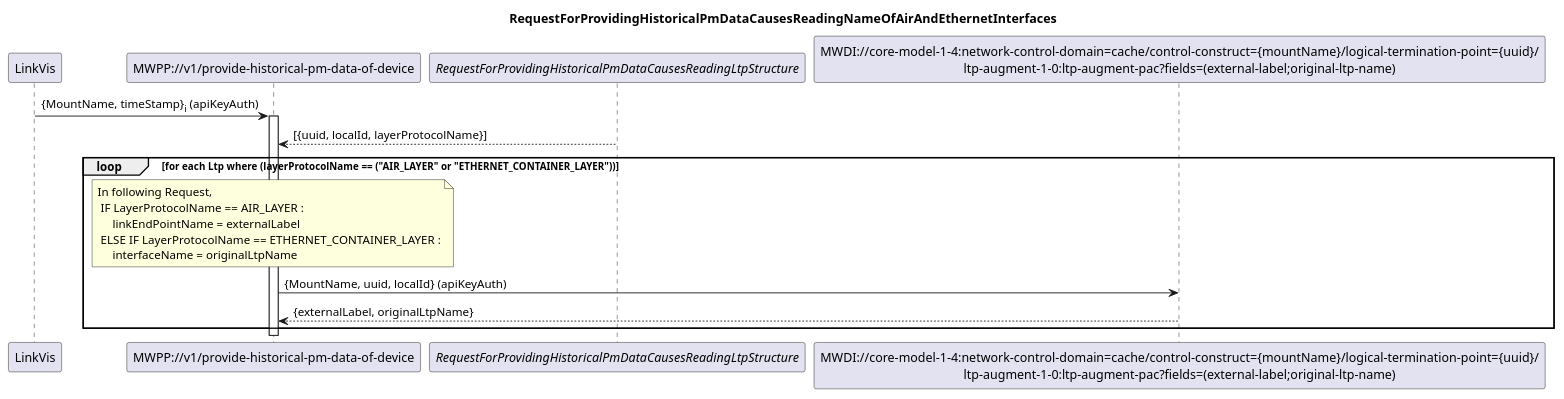
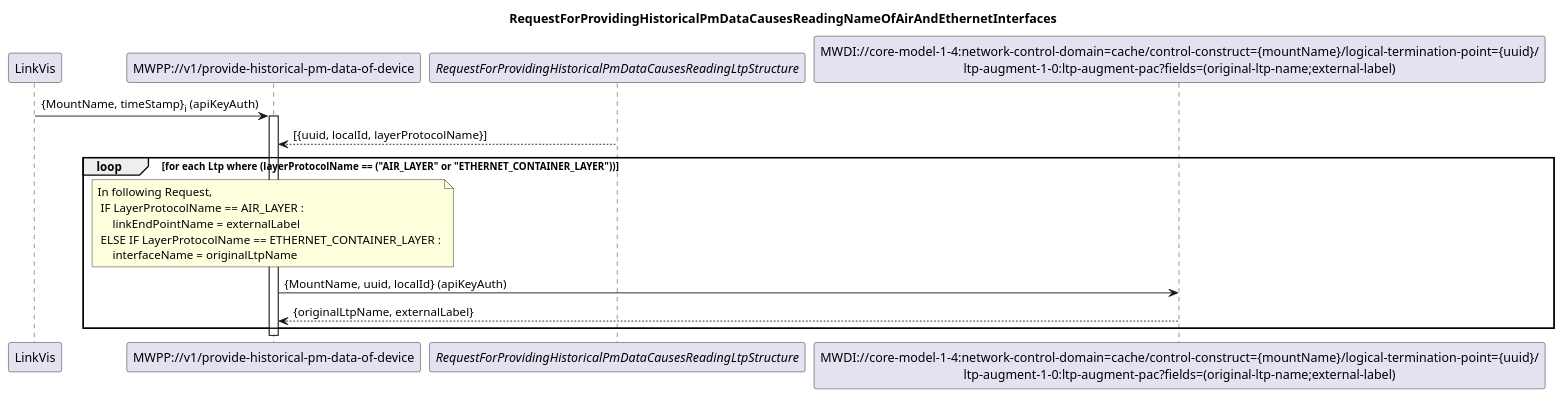
One commit to openBackhaul/MicroWavePerformanceProxy changed the diagram in spec/diagrams/001_ReadingNameOfAirAndEthernetInterfaces.plantuml. Above: the diagram before and after it, drawn with PlantUML. The commit also changed 9 other files, not shown here.

```diff
--- a/spec/diagrams/001_ReadingNameOfAirAndEthernetInterfaces.plantuml
+++ b/spec/diagrams/001_ReadingNameOfAirAndEthernetInterfaces.plantuml
@@ -1,33 +1,33 @@
 @startuml 001_ReadingNameOfAirAndEthernetInterfaces
 skinparam responseMessageBelowArrow true
 
 title
 RequestForProvidingHistoricalPmDataCausesReadingNameOfAirAndEthernetInterfaces
 end title
 
 participant "LinkVis" as LinkVis
 participant "MWPP://v1/provide-historical-pm-data-of-device" as MWPP
 participant "<i>RequestForProvidingHistoricalPmDataCausesReadingLtpStructure</i>" as LTPs
-participant "MWDI://core-model-1-4:network-control-domain=cache/control-construct={mountName}/logical-termination-point={uuid}/\nltp-augment-1-0:ltp-augment-pac?fields=(external-label;original-ltp-name)" as LtpDesignation
+participant "MWDI://core-model-1-4:network-control-domain=cache/control-construct={mountName}/logical-termination-point={uuid}/\nltp-augment-1-0:ltp-augment-pac?fields=(original-ltp-name;external-label)" as LtpDesignation
 
 LinkVis -> MWPP: {MountName, timeStamp}<sub>i</sub> (apiKeyAuth)
 activate MWPP
 LTPs --> MWPP: [{uuid, localId, layerProtocolName}]
 
 loop for each Ltp where (layerProtocolName == ("AIR_LAYER" or "ETHERNET_CONTAINER_LAYER"))
     
    
     note over MWPP
     In following Request,
 	    IF LayerProtocolName == AIR_LAYER :
 	        linkEndPointName = externalLabel
 	    ELSE IF LayerProtocolName == ETHERNET_CONTAINER_LAYER :
 	        interfaceName = originalLtpName
 	end note
 
     MWPP -> LtpDesignation:{MountName, uuid, localId} (apiKeyAuth)
-    LtpDesignation --> MWPP: {externalLabel, originalLtpName}
+    LtpDesignation --> MWPP: {originalLtpName, externalLabel}
 
 end
 
 @enduml
```
